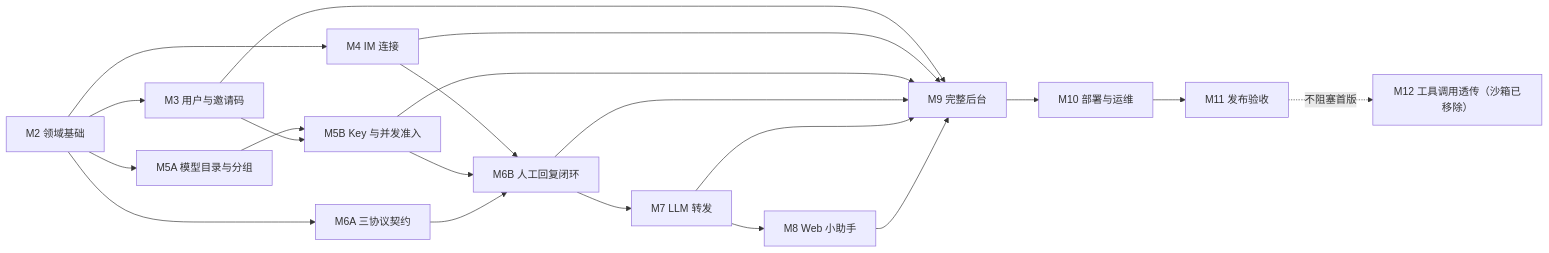
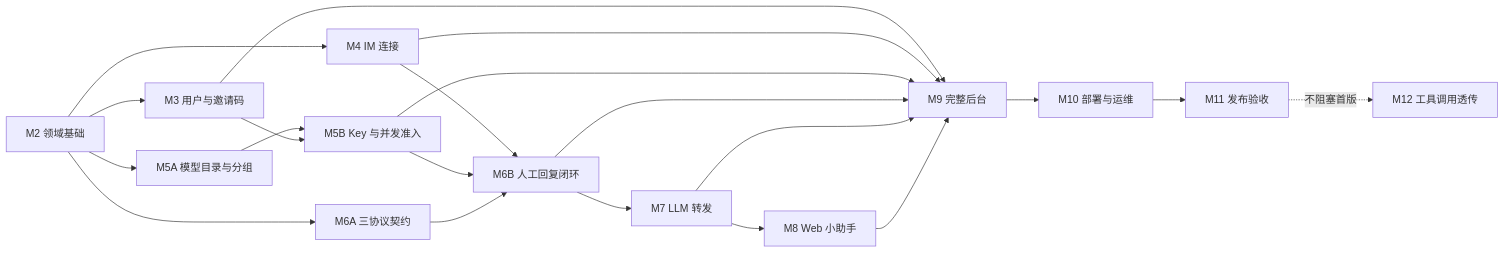
The diagram in docs/ROADMAP.md (GuSheng107/human-llm-gateway), drawn with Mermaid before and after one commit. The commit also changed other lines of this file and 30 other files, not shown here.

````diff
--- a/docs/ROADMAP.md
+++ b/docs/ROADMAP.md
@@ -35,37 +35,37 @@
 ```mermaid
 flowchart LR
     M2[M2 领域基础]
     M3[M3 用户与邀请码]
     M4[M4 IM 连接]
     M5A[M5A 模型目录与分组]
     M5B[M5B Key 与并发准入]
     M6A[M6A 三协议契约]
     M6B[M6B 人工回复闭环]
     M7[M7 LLM 转发]
     M8[M8 Web 小助手]
     M9[M9 完整后台]
     M10[M10 部署与运维]
     M11[M11 发布验收]
-    M12[M12 工具调用透传（沙箱已移除）]
+    M12[M12 工具调用透传]
 
     M2 --> M3
     M2 --> M4
     M2 --> M5A
     M2 --> M6A
     M5A --> M5B
     M3 --> M5B
     M4 --> M6B
     M5B --> M6B
     M6A --> M6B
     M6B --> M7
     M7 --> M8
     M3 --> M9
     M4 --> M9
     M5B --> M9
     M6B --> M9
     M7 --> M9
     M8 --> M9
     M9 --> M10
     M10 --> M11
     M11 -.->|不阻塞首版| M12
 ```
````
